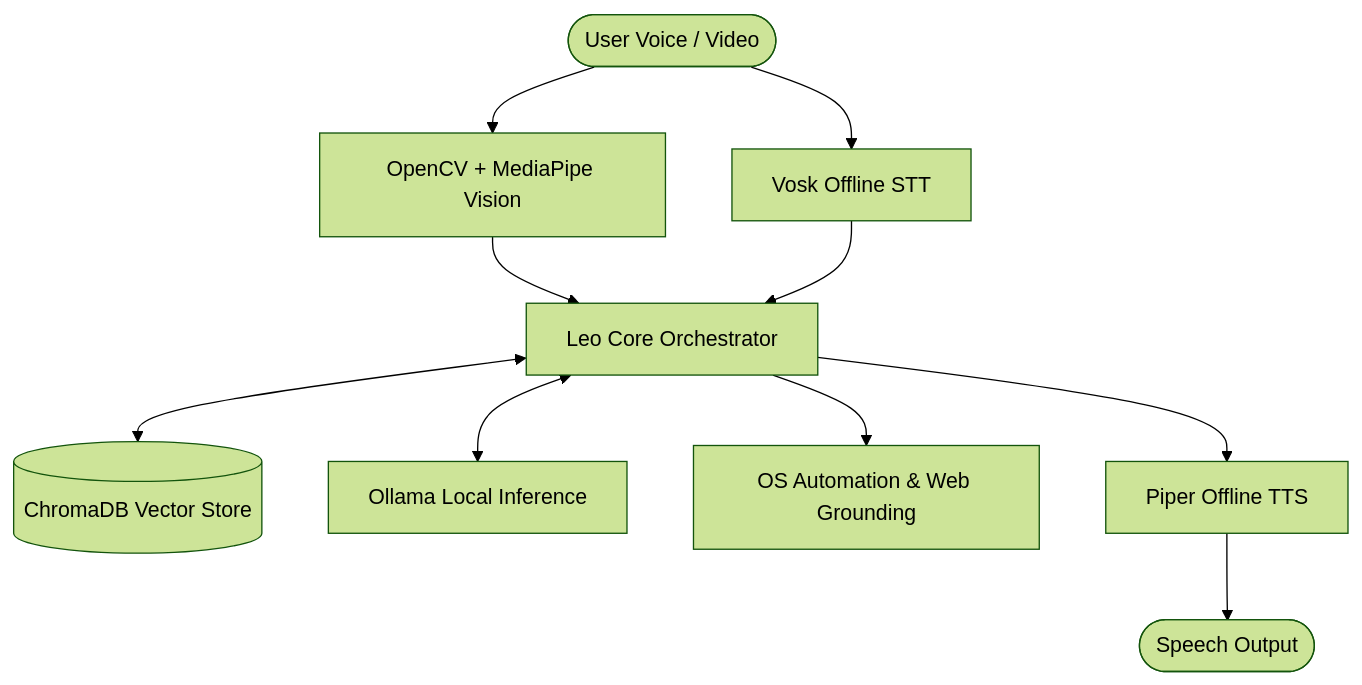
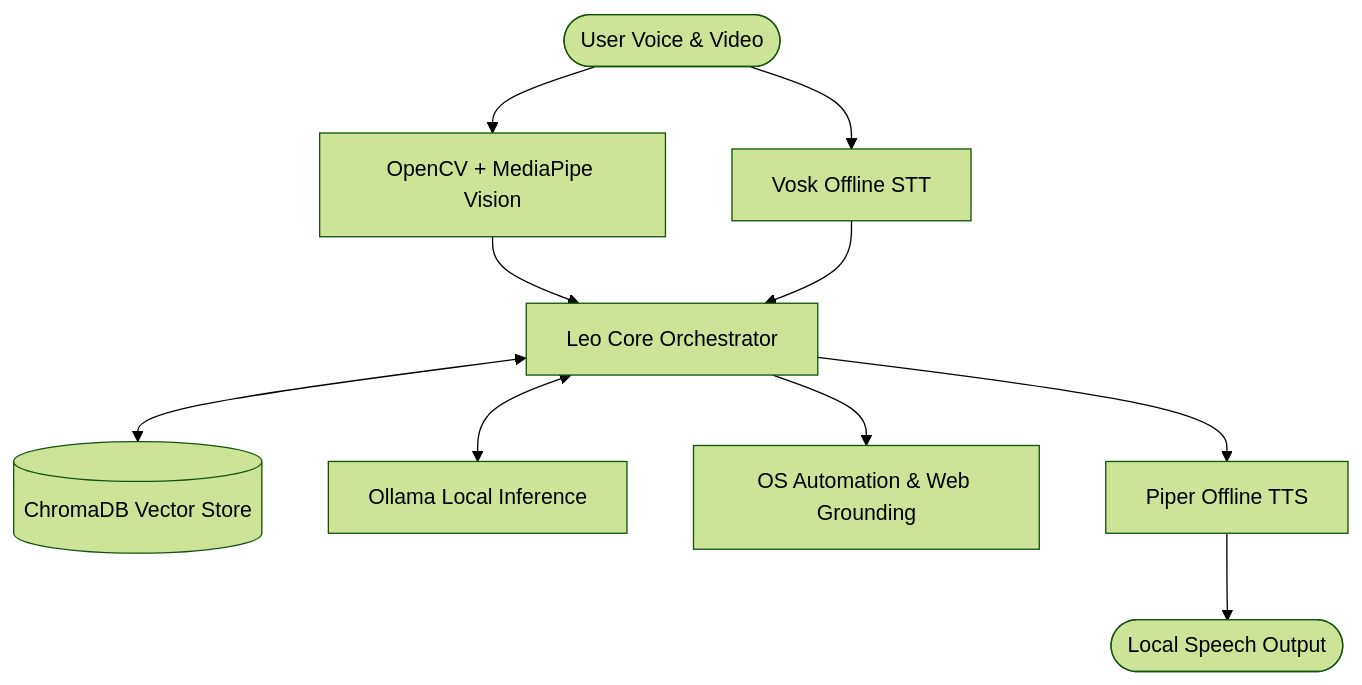
The diagram in README.md (kalyan-1845/frnd.ai), drawn with Mermaid (forest theme) before and after one commit. The commit also changed other lines of this file, not shown here.

````diff
--- a/README.md
+++ b/README.md
@@ -17,12 +20,12 @@
 ```mermaid
 graph TD
-    User([User Voice / Video]) --> Vosk[Vosk Offline STT]
+    User([User Voice & Video]) --> Vosk[Vosk Offline STT]
     User --> Webcam[OpenCV + MediaPipe Vision]
     Webcam --> Core[Leo Core Orchestrator]
     Vosk --> Core
     Core <--> Memory[(ChromaDB Vector Store)]
     Core <--> LLM[Ollama Local Inference]
     Core --> Tools[OS Automation & Web Grounding]
     Core --> Piper[Piper Offline TTS]
-    Piper --> AudioOut([Speech Output])
+    Piper --> AudioOut([Local Speech Output])
 ```
````
